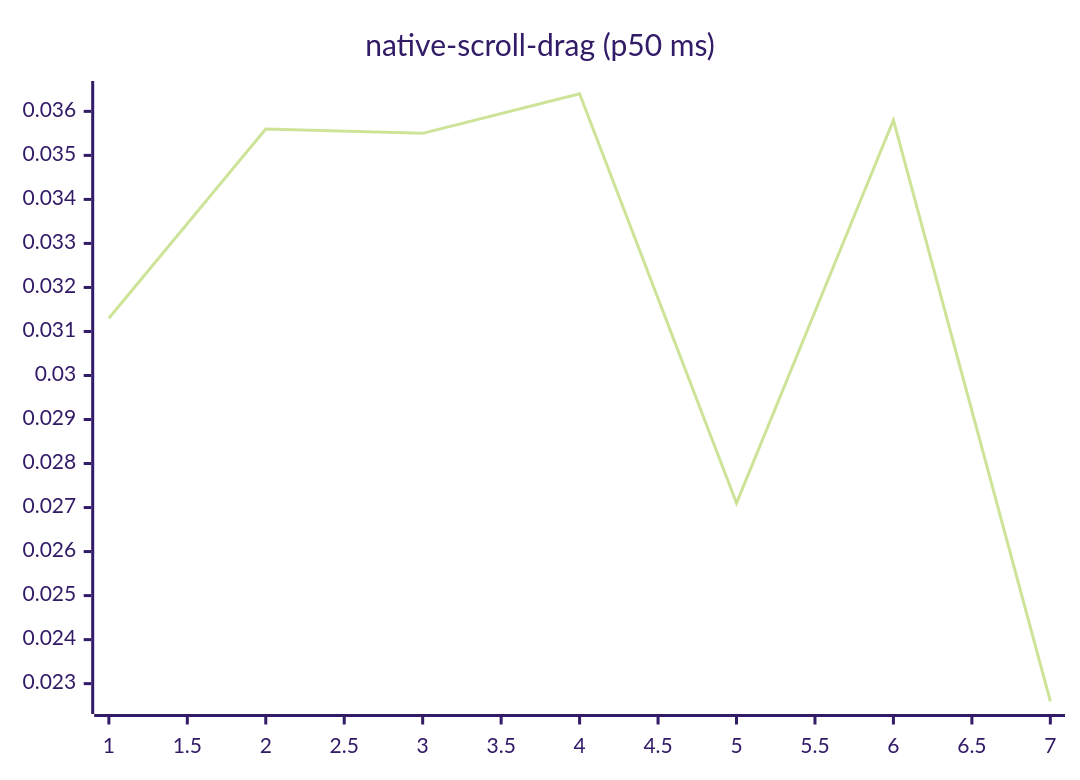
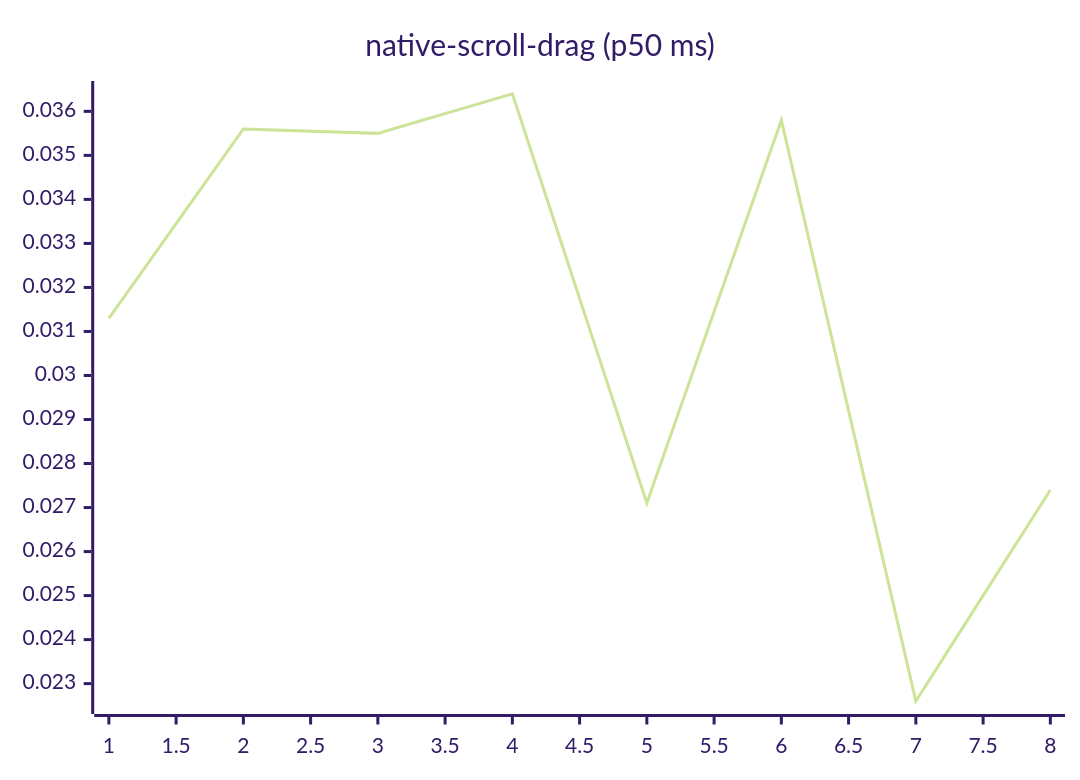
Diagram 14 of 27 in README.md (josha/Facet), drawn with Mermaid (forest theme) before and after one commit. The commit also changed other lines of this file and 2 other files, not shown here.

````diff
--- a/README.md
+++ b/README.md
@@ -154,6 +154,6 @@
 ```mermaid
 xychart-beta
     title "native-scroll-drag (p50 ms)"
-    x-axis 1 --> 7
-    line [0.0313, 0.0356, 0.0355, 0.0364, 0.0271, 0.0358, 0.0226]
+    x-axis 1 --> 8
+    line [0.0313, 0.0356, 0.0355, 0.0364, 0.0271, 0.0358, 0.0226, 0.0274]
 ```
````
